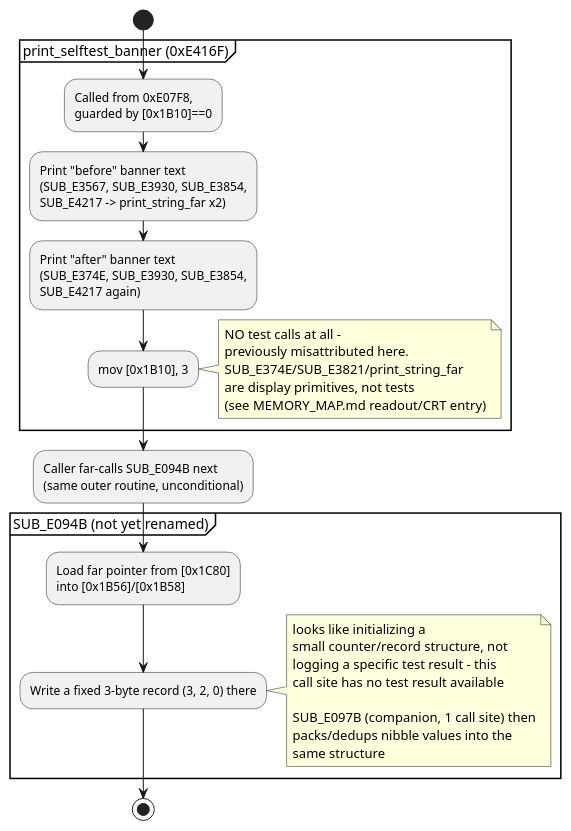
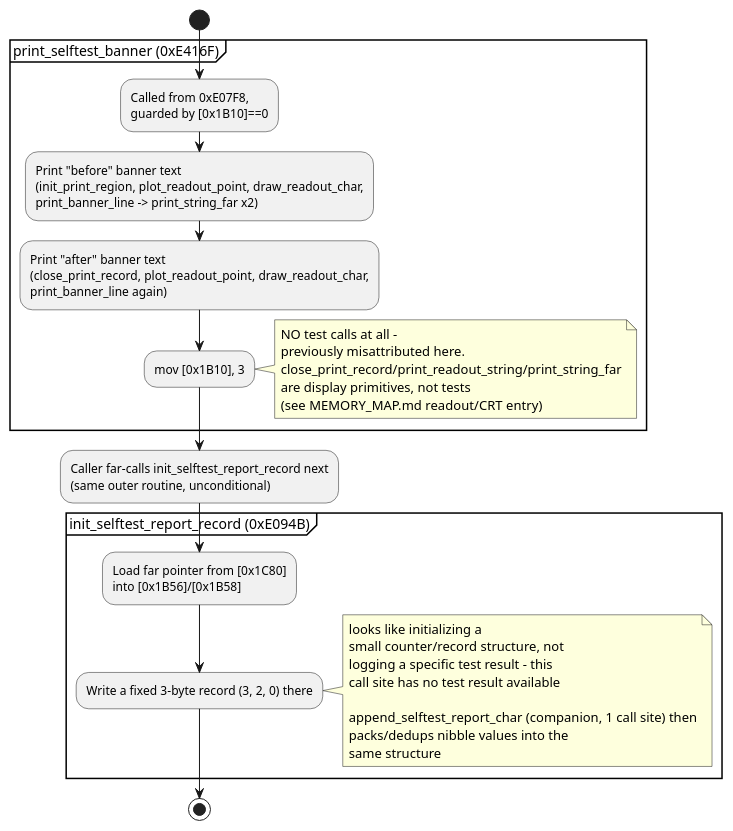
One commit to Mwwhited-BookLearning/tektronix-2230 changed the third of 6 diagrams in JUMP_MAP.md. Above: the diagram before and after it, drawn with PlantUML. The commit also changed 18 other files, not shown here.

````diff
--- a/JUMP_MAP.md
+++ b/JUMP_MAP.md
@@ -87,19 +87,19 @@
 ```plantuml
 @startuml
 start
 partition "print_selftest_banner (0xE416F)" {
   :Called from 0xE07F8,\nguarded by [0x1B10]==0;
-  :Print "before" banner text\n(SUB_E3567, SUB_E3930, SUB_E3854,\nSUB_E4217 -> print_string_far x2);
-  :Print "after" banner text\n(SUB_E374E, SUB_E3930, SUB_E3854,\nSUB_E4217 again);
+  :Print "before" banner text\n(init_print_region, plot_readout_point, draw_readout_char,\nprint_banner_line -> print_string_far x2);
+  :Print "after" banner text\n(close_print_record, plot_readout_point, draw_readout_char,\nprint_banner_line again);
   :mov [0x1B10], 3;
-  note right: NO test calls at all -\npreviously misattributed here.\nSUB_E374E/SUB_E3821/print_string_far\nare display primitives, not tests\n(see MEMORY_MAP.md readout/CRT entry)
+  note right: NO test calls at all -\npreviously misattributed here.\nclose_print_record/print_readout_string/print_string_far\nare display primitives, not tests\n(see MEMORY_MAP.md readout/CRT entry)
 }
-:Caller far-calls SUB_E094B next\n(same outer routine, unconditional);
-partition "SUB_E094B (not yet renamed)" {
+:Caller far-calls init_selftest_report_record next\n(same outer routine, unconditional);
+partition "init_selftest_report_record (0xE094B)" {
   :Load far pointer from [0x1C80]\ninto [0x1B56]/[0x1B58];
   :Write a fixed 3-byte record (3, 2, 0) there;
-  note right: looks like initializing a\nsmall counter/record structure, not\nlogging a specific test result - this\ncall site has no test result available\n\nSUB_E097B (companion, 1 call site) then\npacks/dedups nibble values into the\nsame structure
+  note right: looks like initializing a\nsmall counter/record structure, not\nlogging a specific test result - this\ncall site has no test result available\n\nappend_selftest_report_char (companion, 1 call site) then\npacks/dedups nibble values into the\nsame structure
 }
 stop
 @enduml
 ```
````
